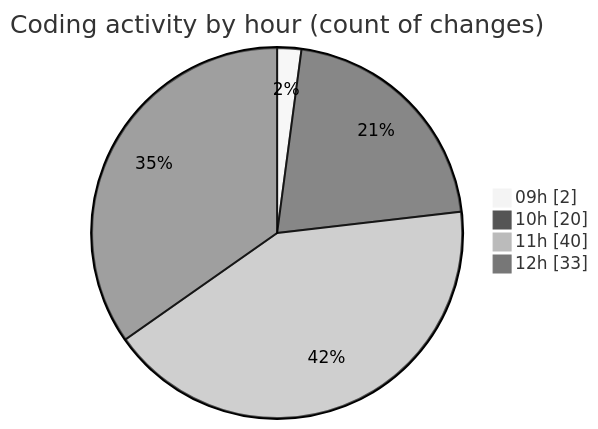
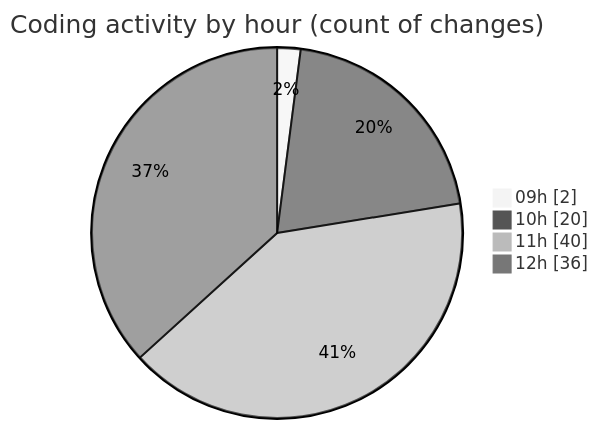
The second of 2 diagrams in 2025-06-13/cda/README.md (momahboobian/code-tracking), drawn with Mermaid (neutral theme) before and after one commit. The commit also changed other lines of this file and 1 other file, not shown here.

````diff
--- a/2025-06-13/cda/README.md
+++ b/2025-06-13/cda/README.md
@@ -33,8 +33,8 @@
 ```mermaid
 pie showData
 title Coding activity by hour (count of changes)
 "09h" : 2
 "10h" : 20
 "11h" : 40
-"12h" : 33
+"12h" : 36
 ```
````
